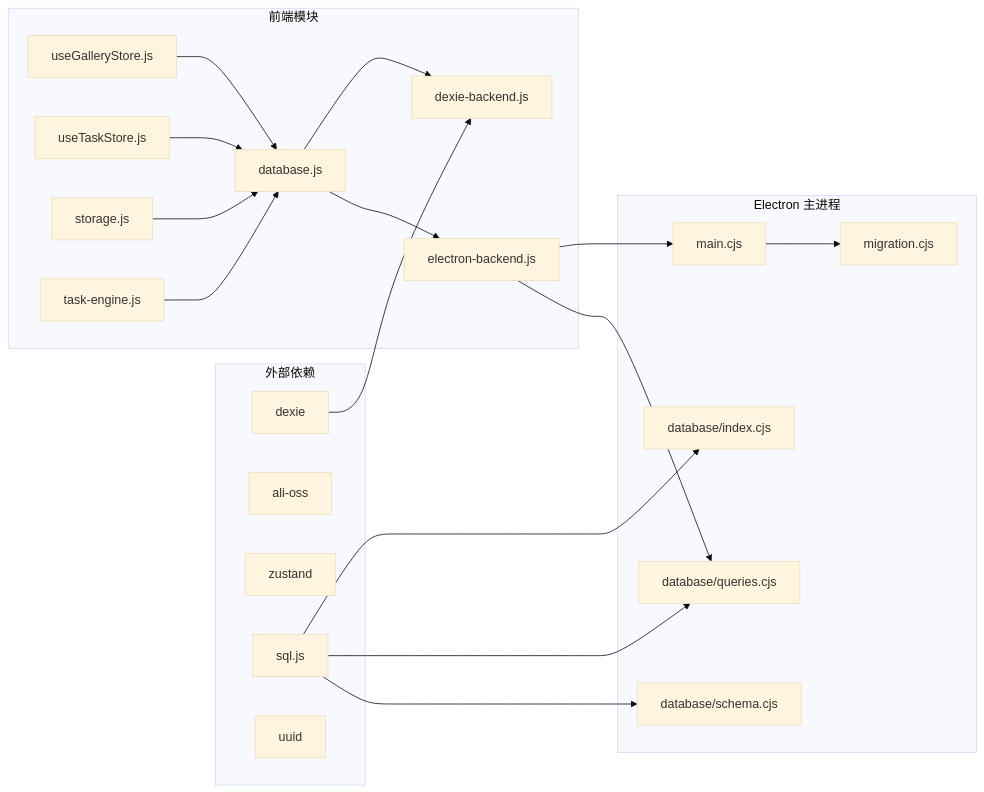
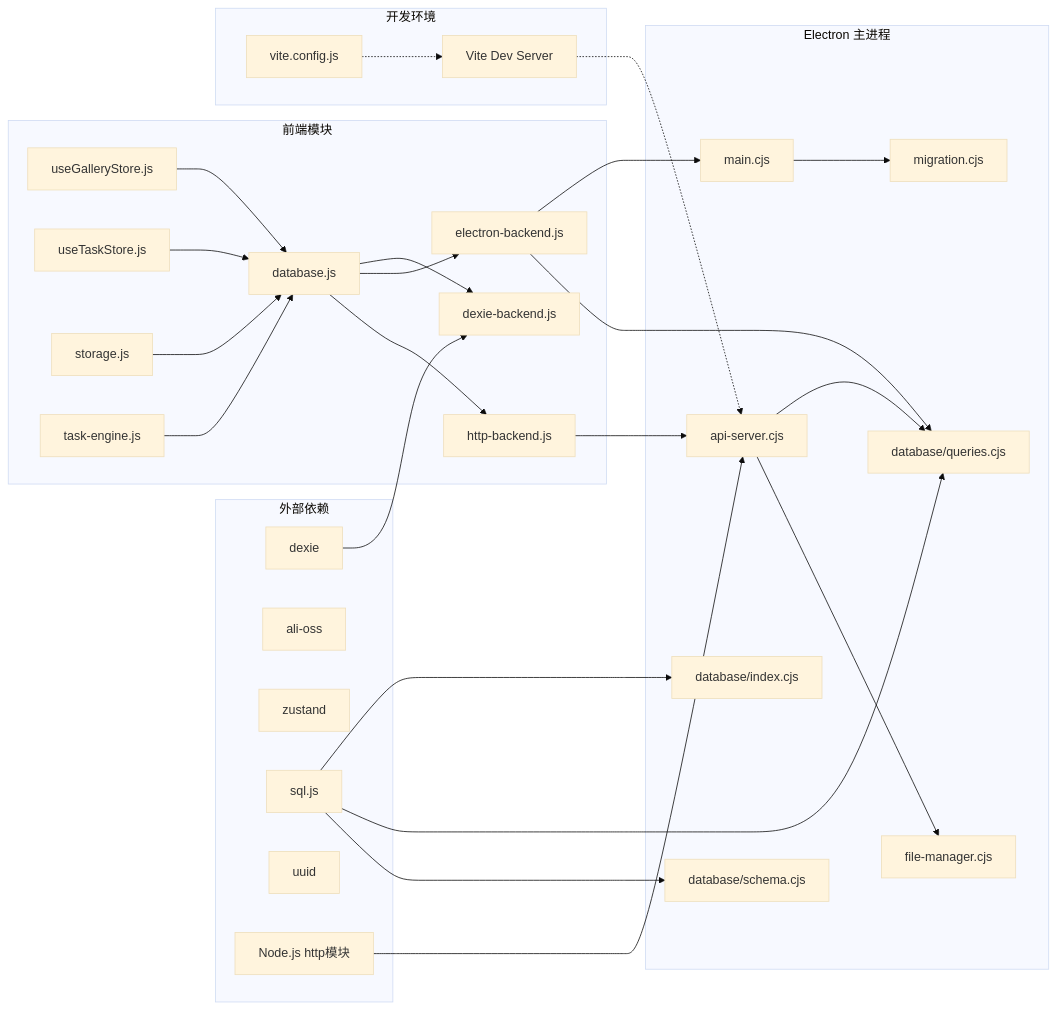
The eighth of 10 diagrams in .qoder/repowiki/zh/content/架构设计/数据流设计/数据库持久化.md (AlbusWei/AI-Image-Studio), drawn with Mermaid (base theme) before and after one commit. The commit also changed other lines of this file and 26 other files, not shown here.

First line of the commit message:
fix: 修复 Electron 模式下 Gallery 无法显示图片的 3 个断裂点

````diff
--- a/.qoder/repowiki/zh/content/架构设计/数据流设计/数据库持久化.md
+++ b/.qoder/repowiki/zh/content/架构设计/数据流设计/数据库持久化.md
@@ -372,39 +467,54 @@
 ```mermaid
 graph LR
 subgraph "外部依赖"
 Dexie["dexie"]
 OSS["ali-oss"]
 Zustand["zustand"]
 SQLJS["sql.js"]
 UUID["uuid"]
+HTTP["Node.js http模块"]
 end
 subgraph "前端模块"
 DBFacade["database.js"]
 DexieBackend["dexie-backend.js"]
 ElectronBackend["electron-backend.js"]
+HttpBackend["http-backend.js"]
 GalleryStore["useGalleryStore.js"]
 TaskStore["useTaskStore.js"]
 StorageService["storage.js"]
 TaskEngine["task-engine.js"]
 end
 subgraph "Electron 主进程"
 MainProcess["main.cjs"]
+ApiServer["api-server.cjs"]
 DBIndex["database/index.cjs"]
 Queries["database/queries.cjs"]
 Schema["database/schema.cjs"]
 Migration["migration.cjs"]
+FileManager["file-manager.cjs"]
+end
+subgraph "开发环境"
+ViteConfig["vite.config.js"]
+DevServer["Vite Dev Server"]
 end
 Dexie --> DexieBackend
 SQLJS --> DBIndex
 SQLJS --> Queries
 SQLJS --> Schema
+HTTP --> ApiServer
 DBFacade --> DexieBackend
 DBFacade --> ElectronBackend
+DBFacade --> HttpBackend
 GalleryStore --> DBFacade
 TaskStore --> DBFacade
 StorageService --> DBFacade
 TaskEngine --> DBFacade
 ElectronBackend --> MainProcess
 ElectronBackend --> Queries
+HttpBackend --> ApiServer
+ApiServer --> Queries
+ApiServer --> FileManager
 MainProcess --> Migration
+ViteConfig -.-> DevServer
+DevServer -.-> ApiServer
 ```
````
